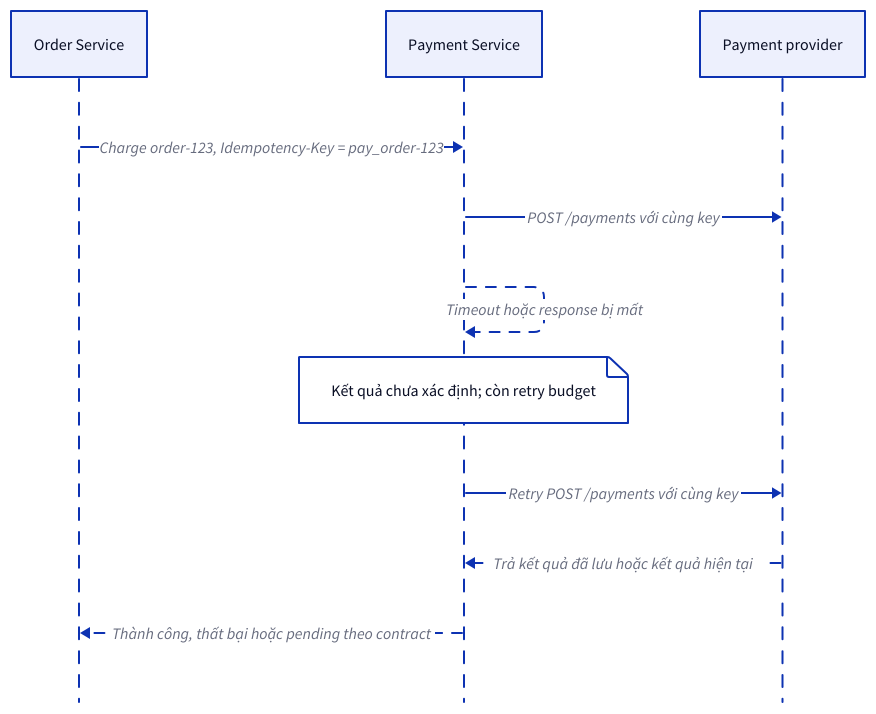
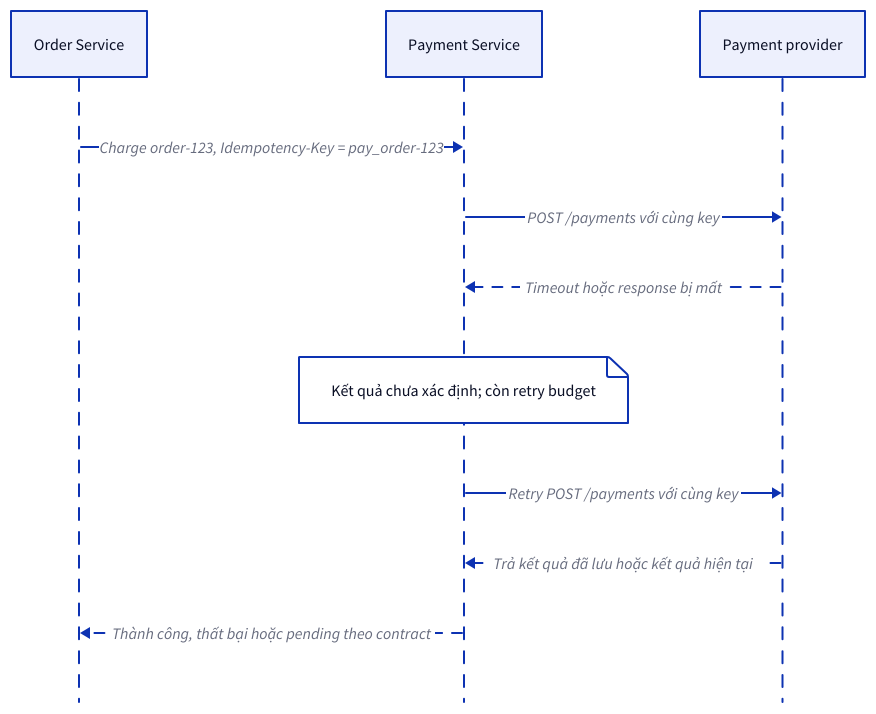
One commit to vanhiep99w/microservice-learn changed the third of 3 diagrams in 17-reliability-patterns/retry-with-backoff.md. Above: the diagram before and after it, drawn with D2. The commit also changed 1 other file, not shown here.

Commit message:
revert: restore docs before D2 flow rollout

````diff
--- a/17-reliability-patterns/retry-with-backoff.md
+++ b/17-reliability-patterns/retry-with-backoff.md
@@ -332,13 +332,13 @@
 ```d2 title="Luồng retry an toàn"
 shape: sequence_diagram
 "O": "Order Service"
 "P": "Payment Service"
 "B": "Payment provider"
 "O" -> "P": "Charge order-123, Idempotency-Key = pay_order-123"
 "P" -> "B": "POST /payments với cùng key"
-"P" -> "P": "Timeout hoặc response bị mất" { style.stroke-dash: 5 }
+"B" -> "P": "Timeout hoặc response bị mất" { style.stroke-dash: 5 }
 "P".note1: "Kết quả chưa xác định; còn retry budget"
 "P" -> "B": "Retry POST /payments với cùng key"
 "B" -> "P": "Trả kết quả đã lưu hoặc kết quả hiện tại" { style.stroke-dash: 5 }
 "P" -> "O": "Thành công, thất bại hoặc pending theo contract" { style.stroke-dash: 5 }
 ```
````
